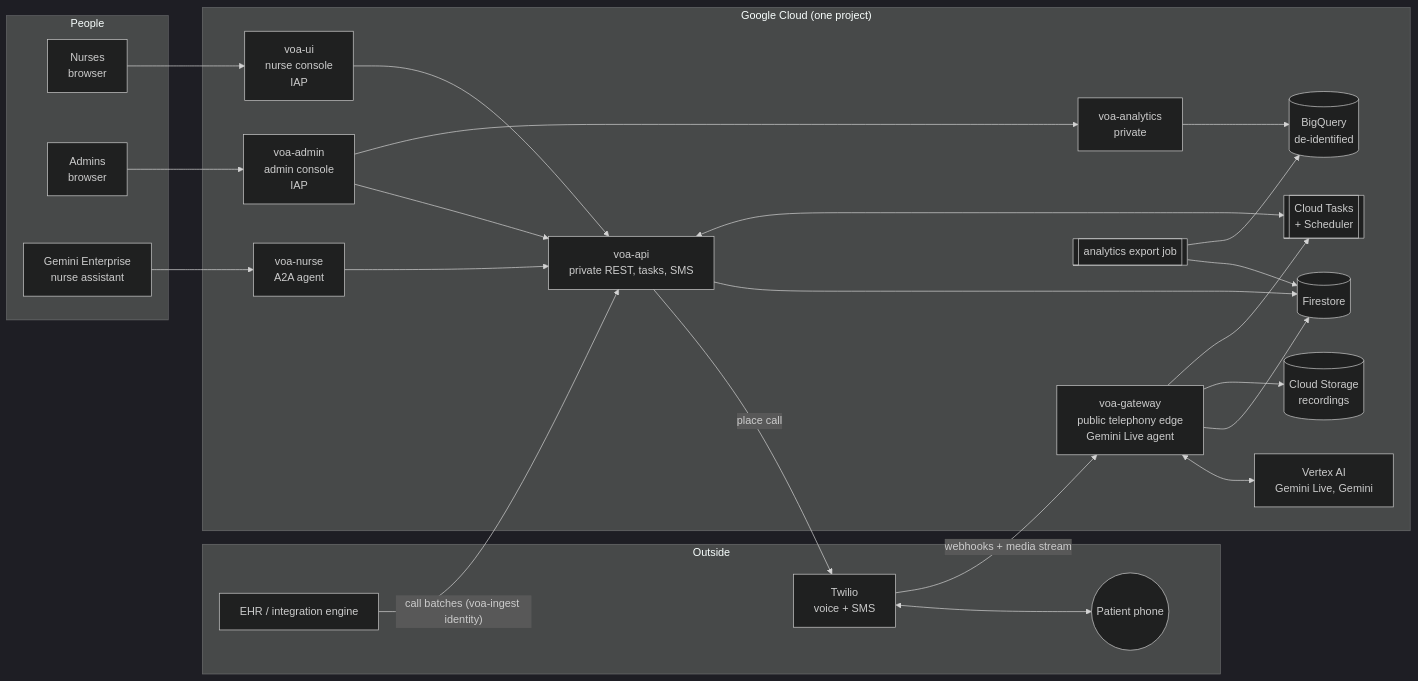
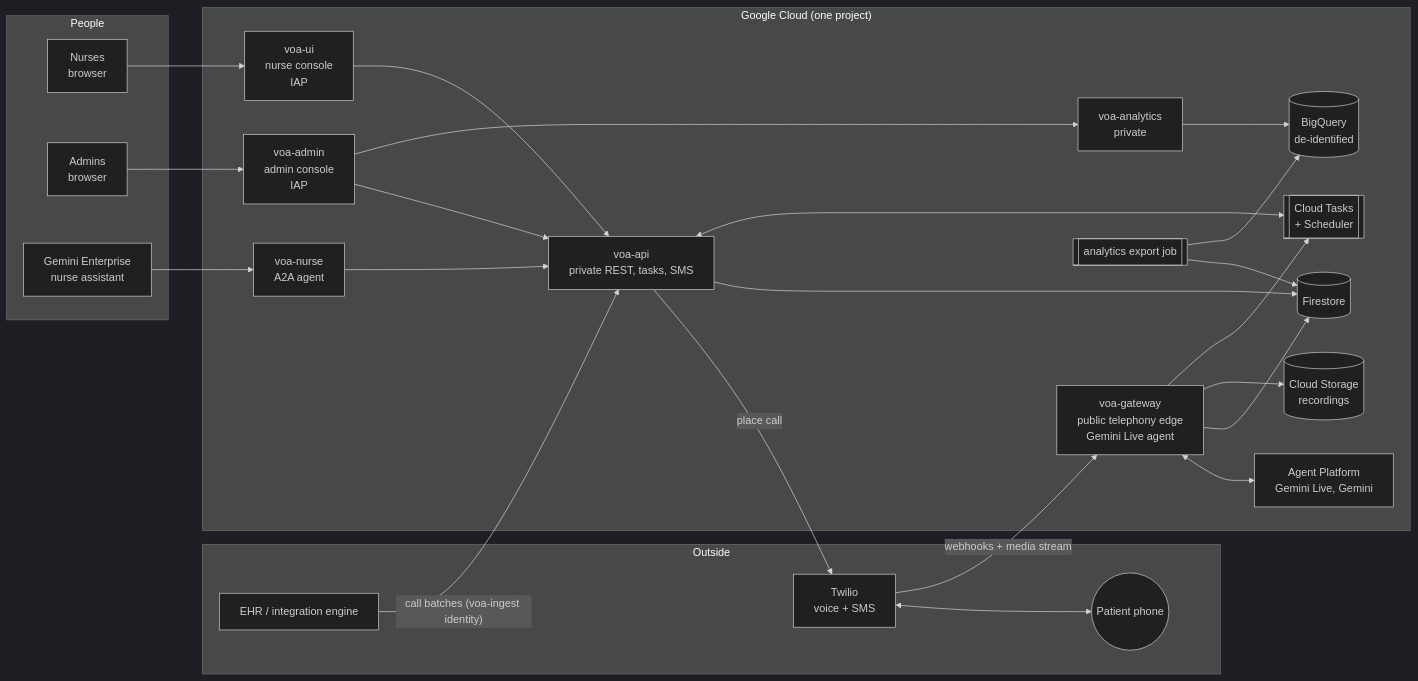
The first of 2 diagrams in docs/ARCHITECTURE.md (mlaslie/voice-outreach-adk), drawn with Mermaid (dark theme) before and after one commit. The commit also changed 4 other files, not shown here.

Commit message:
README: 'What it does' as short bullets per audience; Agent Platform / Agent Search naming; clarify grounding, BigQuery hashing, Cloud Tasks, CSV import and the dial budget; context diagram relabelled

````diff
--- a/docs/ARCHITECTURE.md
+++ b/docs/ARCHITECTURE.md
@@ -30,43 +30,43 @@
 ```mermaid
 flowchart LR
   subgraph People
     N[Nurses<br/>browser]
     A[Admins<br/>browser]
     GE[Gemini Enterprise<br/>nurse assistant]
   end
   subgraph Outside
     EHR[EHR / integration engine]
     TW[Twilio<br/>voice + SMS]
     P((Patient phone))
   end
   subgraph "Google Cloud (one project)"
     UI[voa-ui<br/>nurse console<br/>IAP]
     AD[voa-admin<br/>admin console<br/>IAP]
     NA[voa-nurse<br/>A2A agent]
     API[voa-api<br/>private REST, tasks, SMS]
     GW[voa-gateway<br/>public telephony edge<br/>Gemini Live agent]
     AN[voa-analytics<br/>private]
     JOB[[analytics export job]]
     FS[(Firestore)]
     GCS[(Cloud Storage<br/>recordings)]
     BQ[(BigQuery<br/>de-identified)]
     Q[[Cloud Tasks<br/>+ Scheduler]]
-    LLM[Vertex AI<br/>Gemini Live, Gemini]
+    LLM[Agent Platform<br/>Gemini Live, Gemini]
   end
   N --> UI --> API
   A --> AD --> API
   AD --> AN --> BQ
   GE --> NA --> API
   EHR -- "call batches (voa-ingest identity)" --> API
   API -- "place call" --> TW
   TW <--> P
   TW -- "webhooks + media stream" --> GW
   GW <--> LLM
   GW --> FS
   GW --> GCS
   API --> FS
   API <--> Q
   GW --> Q
   JOB --> FS
   JOB --> BQ
 ```
````
